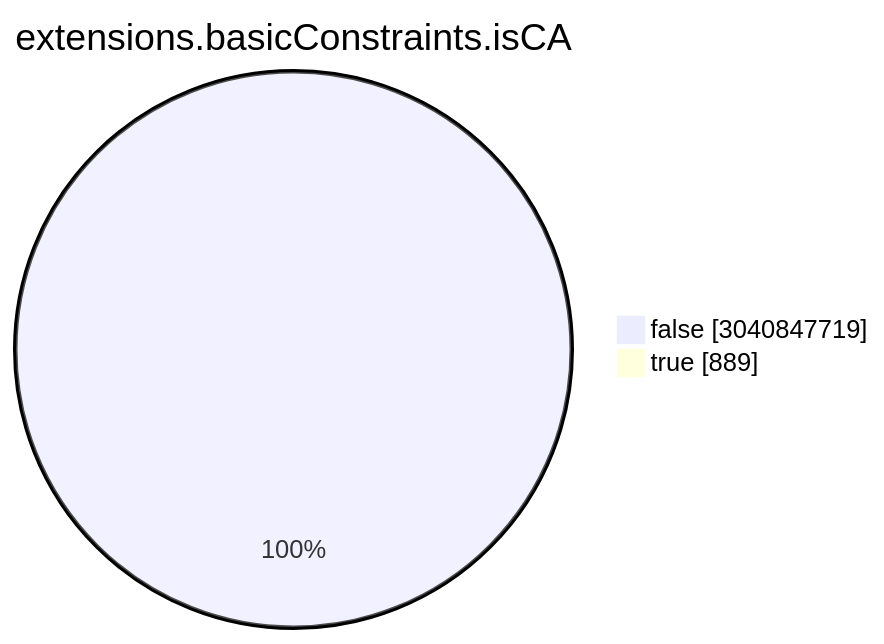
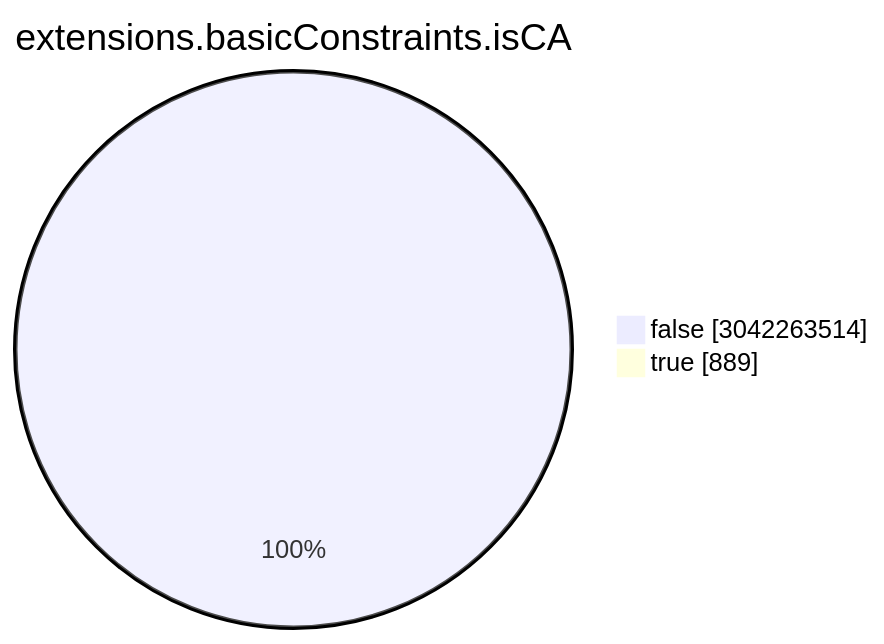
Before and after one commit to christiankrug/ctmonitor_visualization: the seventh of 15 diagrams in TOTAL/README.md, drawn with Mermaid. The commit also changed other lines of this file, not shown here.

````diff
--- a/TOTAL/README.md
+++ b/TOTAL/README.md
@@ -3088,6 +3088,6 @@
 ```mermaid
 pie showData
 title extensions.basicConstraints.isCA
-"false" :3040847719
+"false" :3042263514
 "true" :889
 ```
````
